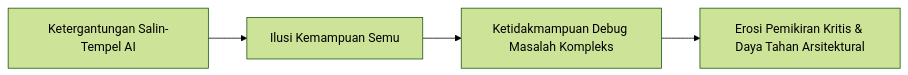
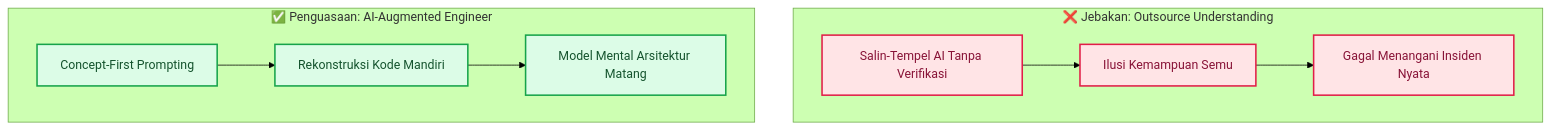
The diagram in _posts/2026-08-17-outsource-thinking-vs-understanding-ai.md (abdul-zailani/abdul-zailani.github.io), drawn with Mermaid (forest theme) before and after one commit. The commit also changed other lines of this file and 12 other files, not shown here.

Commit message:
feat(diagrams): upgrade to mermaid v11 hand-drawn excalidraw style with macos window cards

````diff
--- a/_posts/2026-08-17-outsource-thinking-vs-understanding-ai.md
+++ b/_posts/2026-08-17-outsource-thinking-vs-understanding-ai.md
@@ -34,6 +35,18 @@
 ```mermaid
-graph LR
-    A[Ketergantungan Salin-Tempel AI] --> B[Ilusi Kemampuan Semu]
-    B --> C[Ketidakmampuan Debug Masalah Kompleks]
-    C --> D[Erosi Pemikiran Kritis & Daya Tahan Arsitektural]
+graph TD
+    subgraph Trap["❌ Jebakan: Outsource Understanding"]
+        A[Salin-Tempel AI Tanpa Verifikasi] --> B[Ilusi Kemampuan Semu]
+        B --> C[Gagal Menangani Insiden Nyata]
+    end
+
+    subgraph Master["✅ Penguasaan: AI-Augmented Engineer"]
+        D[Concept-First Prompting] --> E[Rekonstruksi Kode Mandiri]
+        E --> F[Model Mental Arsitektur Matang]
+    end
+
+    classDef error fill:#FFE4E6,stroke:#E11D48,stroke-width:2px,color:#881337;
+    classDef success fill:#DCFCE7,stroke:#16A34A,stroke-width:2px,color:#14532D;
+
+    class A,B,C error;
+    class D,E,F success;
 ```
````
